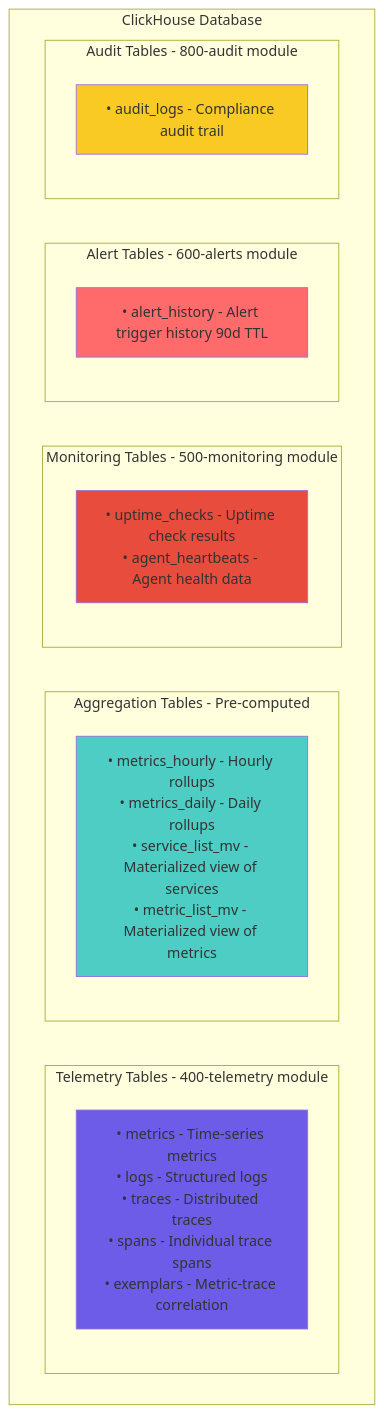
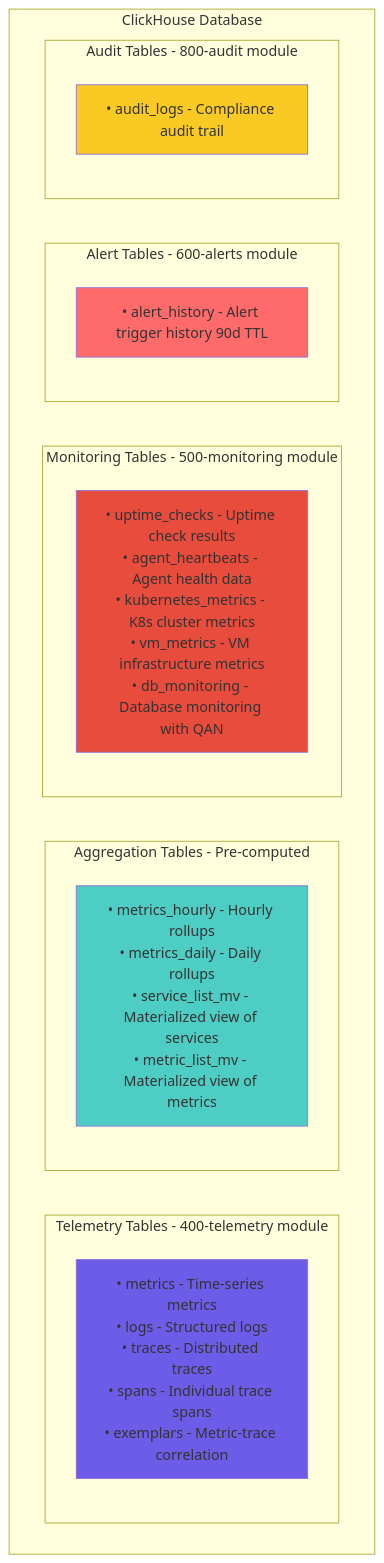
Before and after one commit to telemetryflow/telemetryflow-overview: the tenth of 14 diagrams in architecture/01-SYSTEM-ARCHITECTURE.md, drawn with Mermaid. The commit also changed other lines of this file and 68 other files, not shown here.

````diff
--- a/architecture/01-SYSTEM-ARCHITECTURE.md
+++ b/architecture/01-SYSTEM-ARCHITECTURE.md
@@ -544,30 +561,30 @@
 ```mermaid
 graph TB
     subgraph "ClickHouse Database"
         subgraph "Telemetry Tables - 400-telemetry module"
             Telem[• metrics - Time-series metrics<br/>• logs - Structured logs<br/>• traces - Distributed traces<br/>• spans - Individual trace spans<br/>• exemplars - Metric-trace correlation]
         end
 
         subgraph "Aggregation Tables - Pre-computed"
             Agg[• metrics_hourly - Hourly rollups<br/>• metrics_daily - Daily rollups<br/>• service_list_mv - Materialized view of services<br/>• metric_list_mv - Materialized view of metrics]
         end
 
         subgraph "Monitoring Tables - 500-monitoring module"
-            Mon[• uptime_checks - Uptime check results<br/>• agent_heartbeats - Agent health data]
+            Mon[• uptime_checks - Uptime check results<br/>• agent_heartbeats - Agent health data<br/>• kubernetes_metrics - K8s cluster metrics<br/>• vm_metrics - VM infrastructure metrics<br/>• db_monitoring - Database monitoring with QAN]
         end
 
         subgraph "Alert Tables - 600-alerts module"
             Alert[• alert_history - Alert trigger history 90d TTL]
         end
 
         subgraph "Audit Tables - 800-audit module"
             Audit[• audit_logs - Compliance audit trail]
         end
     end
 
     style Telem fill:#6c5ce7
     style Agg fill:#4ecdc4
     style Mon fill:#e74c3c
     style Alert fill:#ff6b6b
     style Audit fill:#f9ca24
 ```
````
